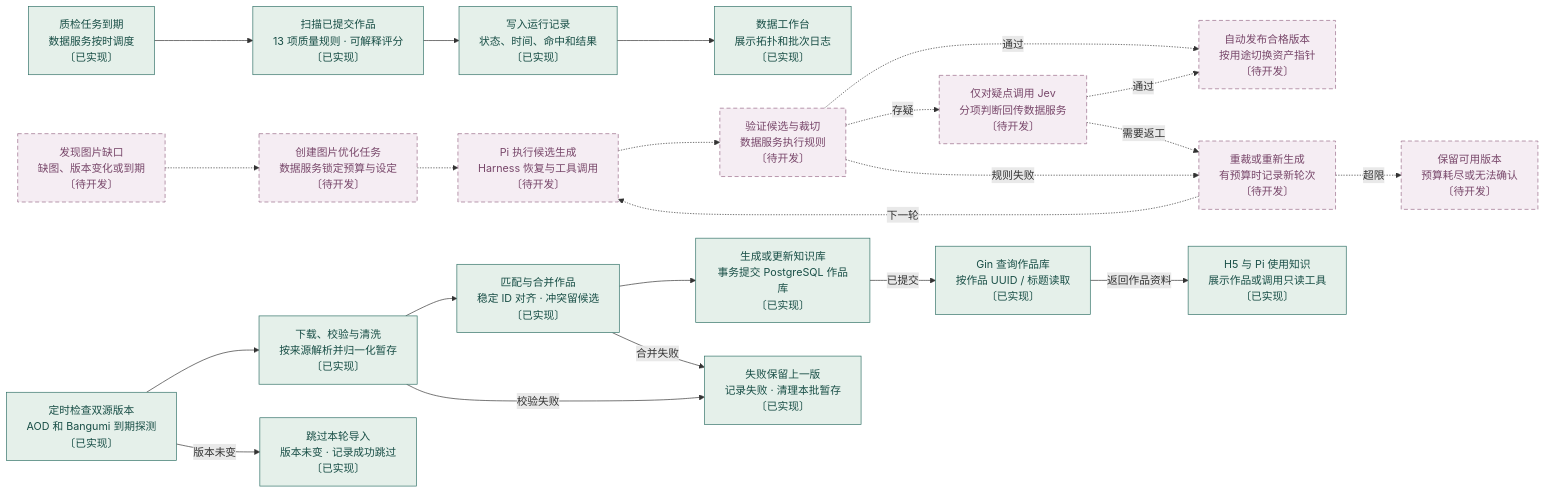
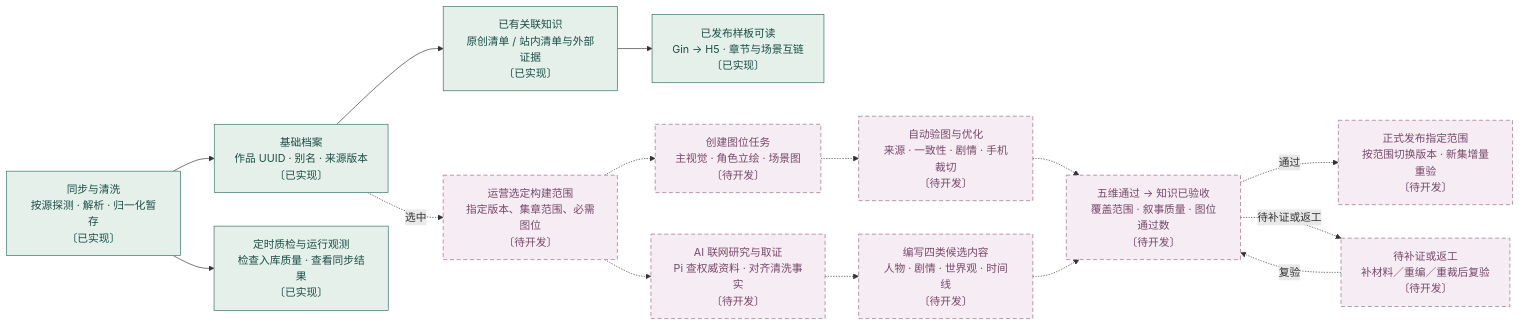
Before and after one commit to bluedao10000/player: the diagram in docs/diagrams/business.mmd, drawn with Mermaid. The commit also changed 121 other files, not shown here.

Commit message:
接入作品世界、Pi 分集取证与图片验收发布

```diff
--- a/docs/diagrams/business.mmd
+++ b/docs/diagrams/business.mmd
@@ -1,48 +1,34 @@
-%% 潮汐邮局 · 业务流程图 · 2026-11-18
+%% 潮汐邮局 · 知识库构建整体流程 · 2026-11-18
 flowchart LR
-  trigger["定时检查双源版本<br/>AOD 和 Bangumi 到期探测<br/>〔已实现〕"]:::live
-  stage["下载、校验与清洗<br/>按来源解析并归一化暂存<br/>〔已实现〕"]:::live
-  publish["匹配与合并作品<br/>稳定 ID 对齐 · 冲突留候选<br/>〔已实现〕"]:::live
-  reader["生成或更新知识库<br/>事务提交 PostgreSQL 作品库<br/>〔已实现〕"]:::live
-  clock["质检任务到期<br/>数据服务按时调度<br/>〔已实现〕"]:::live
-  rules["扫描已提交作品<br/>13 项质量规则 · 可解释评分<br/>〔已实现〕"]:::live
-  audit["写入运行记录<br/>状态、时间、命中和结果<br/>〔已实现〕"]:::live
-  observe["数据工作台<br/>展示拓扑和批次日志<br/>〔已实现〕"]:::live
-  gap["发现图片缺口<br/>缺图、版本变化或到期<br/>〔待开发〕"]:::planned
-  job["创建图片优化任务<br/>数据服务锁定预算与设定<br/>〔待开发〕"]:::planned
-  agent["Pi 执行候选生成<br/>Harness 恢复与工具调用<br/>〔待开发〕"]:::planned
-  check["验证候选与裁切<br/>数据服务执行规则<br/>〔待开发〕"]:::planned
-  fallback["保留可用版本<br/>预算耗尽或无法确认<br/>〔待开发〕"]:::planned
-  redo["重裁或重新生成<br/>有预算时记录新轮次<br/>〔待开发〕"]:::planned
-  judge["仅对疑点调用 Jev<br/>分项判断回传数据服务<br/>〔待开发〕"]:::planned
-  live["自动发布合格版本<br/>按用途切换资产指针<br/>〔待开发〕"]:::planned
-  skip["跳过本轮导入<br/>版本未变 · 记录成功跳过<br/>〔已实现〕"]:::live
-  failed["失败保留上一版<br/>记录失败 · 清理本批暂存<br/>〔已实现〕"]:::live
-  readapi["Gin 查询作品库<br/>按作品 UUID / 标题读取<br/>〔已实现〕"]:::live
-  use["H5 与 Pi 使用知识<br/>展示作品或调用只读工具<br/>〔已实现〕"]:::live
-  trigger --> stage
-  stage --> publish
-  publish --> reader
-  clock --> rules
-  rules --> audit
-  audit --> observe
-  gap -.-> job
-  job -.-> agent
-  agent -.-> check
-  check -.->|通过| live
-  check -.->|存疑| judge
-  judge -.->|通过| live
-  judge -.->|需要返工| redo
-  check -.->|规则失败| redo
-  redo -.->|超限| fallback
-  redo -.->|下一轮| agent
-  trigger -->|版本未变| skip
-  stage -->|校验失败| failed
-  publish -->|合并失败| failed
-  reader -->|已提交| readapi
-  readapi -->|返回作品资料| use
+  sync["同步与清洗<br/>按源探测 · 解析 · 归一化暂存<br/>〔已实现〕"]:::live
+  clean["基础档案<br/>作品 UUID · 别名 · 来源版本<br/>〔已实现〕"]:::live
+  sample["已有关联知识<br/>原创清单 / 站内清单与外部证据<br/>〔已实现〕"]:::live
+  reader["已发布样板可读<br/>Gin → H5 · 章节与场景互链<br/>〔已实现〕"]:::live
+  observe["定时质检与运行观测<br/>检查入库质量 · 查看同步结果<br/>〔已实现〕"]:::live
+  select["运营选定构建范围<br/>指定版本、集章范围、必需图位<br/>〔待开发〕"]:::planned
+  research["AI 联网研究与取证<br/>Pi 查权威资料 · 对齐清洗事实<br/>〔待开发〕"]:::planned
+  draft["编写四类候选内容<br/>人物 · 剧情 · 世界观 · 时间线<br/>〔待开发〕"]:::planned
+  pics["创建图位任务<br/>主视觉 · 角色立绘 · 场景图<br/>〔待开发〕"]:::planned
+  checkpic["自动验图与优化<br/>来源 · 一致性 · 剧情 · 手机裁切<br/>〔待开发〕"]:::planned
+  gate["五维通过 → 知识已验收<br/>覆盖范围 · 叙事质量 · 图位通过数<br/>〔待开发〕"]:::planned
+  fix["待补证或返工<br/>补材料／重编／重裁后复验<br/>〔待开发〕"]:::planned
+  publish["正式发布指定范围<br/>按范围切换版本 · 新集增量重验<br/>〔待开发〕"]:::planned
+  sync --> clean
+  clean --> sample
+  sample --> reader
+  sync --> observe
+  clean -.->|选中| select
+  select -.-> research
+  research -.-> draft
+  select -.-> pics
+  pics -.-> checkpic
+  checkpic -.-> gate
+  draft -.-> gate
+  gate -.->|通过| publish
+  gate -.->|待补证或返工| fix
+  fix -.->|复验| gate
   classDef live fill:#e5f0ea,stroke:#317167,color:#184e46
   classDef planned fill:#f5edf3,stroke:#986987,color:#78476a,stroke-dasharray:6 4
   classDef external fill:#f2eadb,stroke:#aa8954,color:#765929
   classDef area fill:#e5e9e6,stroke:#7a8b89,color:#425557
   classDef brand fill:#27454c,stroke:#27454c,color:#ffffff
```
